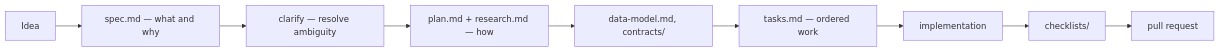
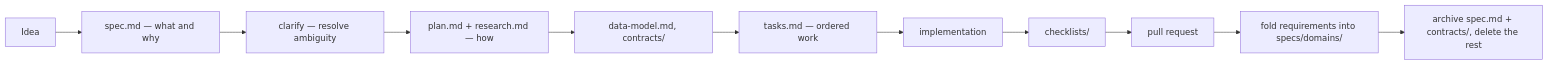
The first of 3 diagrams in docs/docs/operations/contributing.md (nonamecat19/job-finder), drawn with Mermaid before and after one commit. The commit also changed other lines of this file and 321 other files, not shown here.

First line of the commit message:
docs(specs): consolidate shipped specs into domain docs and an archive

````diff
--- a/docs/docs/operations/contributing.md
+++ b/docs/docs/operations/contributing.md
@@ -13,11 +13,13 @@
 ```mermaid
 flowchart LR
     IDEA["Idea"] --> SPEC["spec.md — what and why"]
     SPEC --> CLAR["clarify — resolve ambiguity"]
     CLAR --> PLAN["plan.md + research.md — how"]
     PLAN --> DM["data-model.md, contracts/"]
     DM --> TASKS["tasks.md — ordered work"]
     TASKS --> IMPL["implementation"]
     IMPL --> CHK["checklists/"]
     CHK --> PR["pull request"]
+    PR --> FOLD["fold requirements into specs/domains/"]
+    FOLD --> ARCH["archive spec.md + contracts/, delete the rest"]
 ```
````
